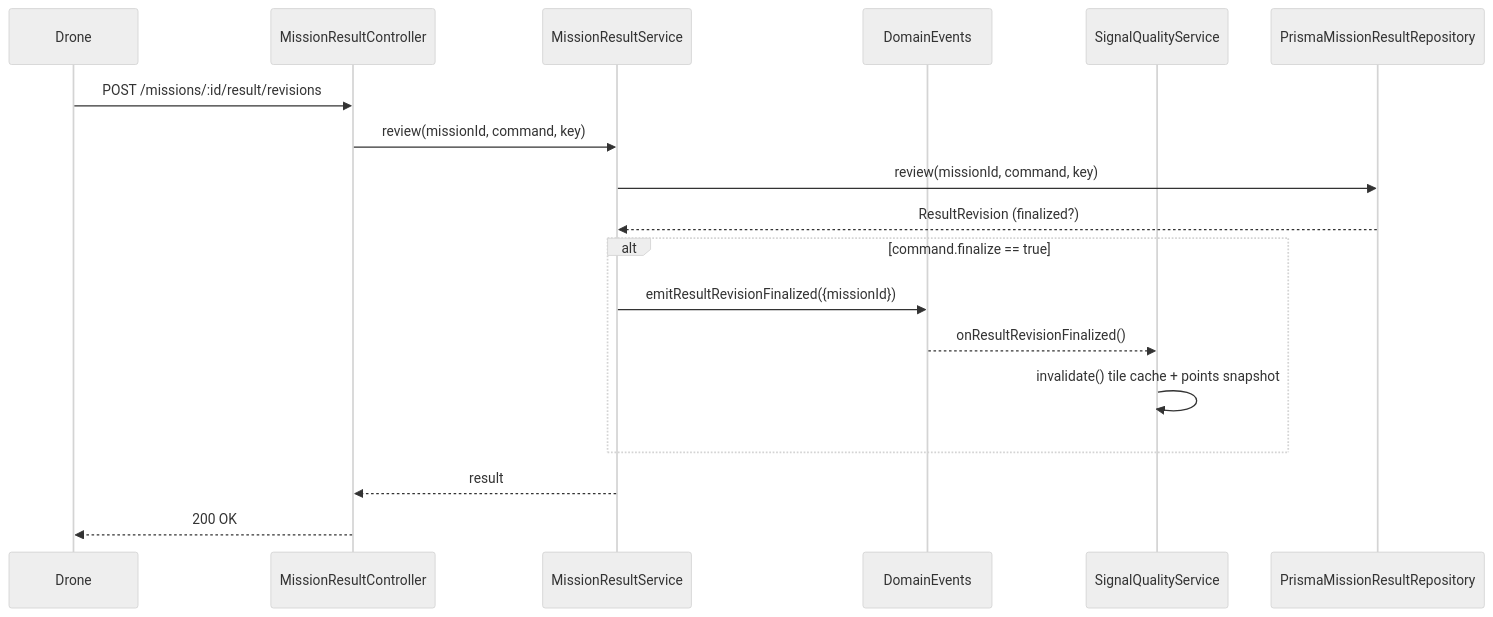
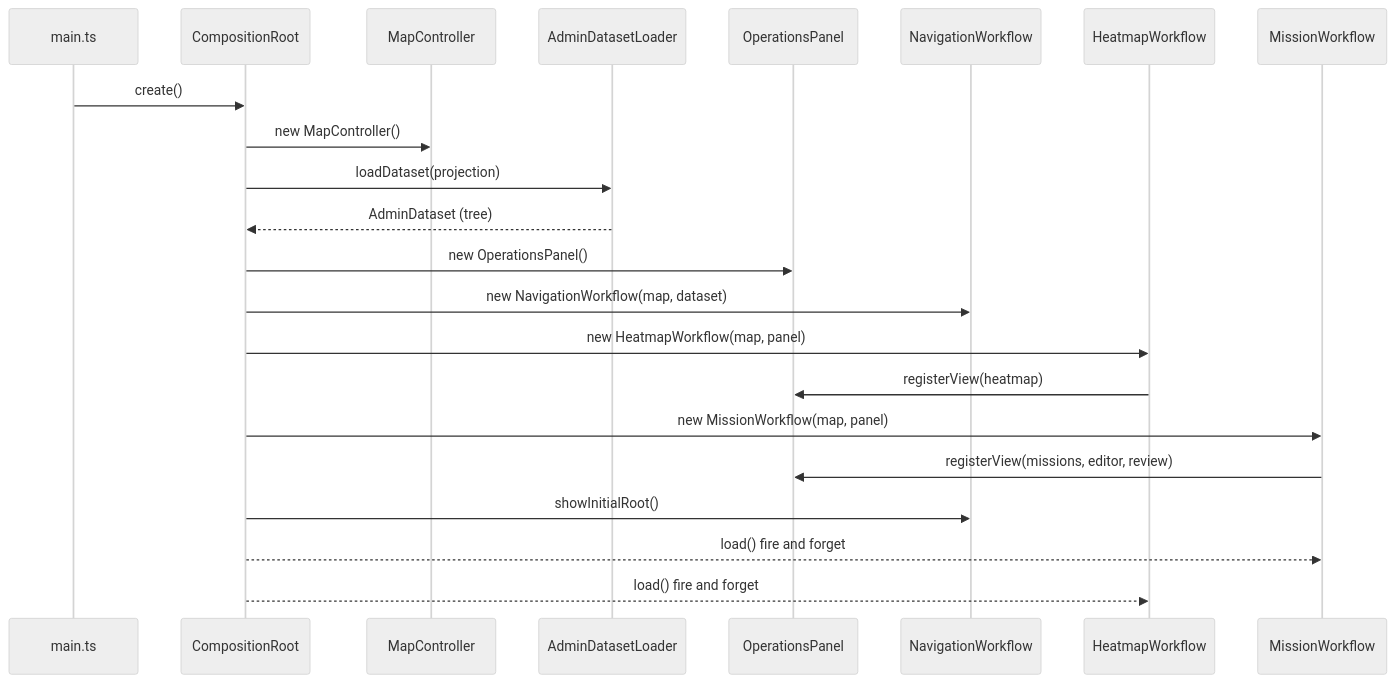
The fourth of 5 diagrams in docs/architecture-diagrams.md (ademby/Telecom-Drone-Drive-Test-Platform), drawn with Mermaid (neutral theme) before and after one commit. The commit also changed other lines of this file and 24 other files, not shown here.

````diff
--- a/docs/architecture-diagrams.md
+++ b/docs/architecture-diagrams.md
@@ -77,21 +114,25 @@
 ```mermaid
 sequenceDiagram
-    participant Drone
-    participant MRC as MissionResultController
-    participant MRS as MissionResultService
-    participant Events as DomainEvents
-    participant SQS as SignalQualityService
-    participant Repo as PrismaMissionResultRepository
+    participant Main as main.ts
+    participant Root as CompositionRoot
+    participant Map as MapController
+    participant Loader as AdminDatasetLoader
+    participant Panel as OperationsPanel
+    participant Nav as NavigationWorkflow
+    participant Heat as HeatmapWorkflow
+    participant Mis as MissionWorkflow
 
-    Drone->>MRC: POST /missions/:id/result/revisions
-    MRC->>MRS: review(missionId, command, key)
-    MRS->>Repo: review(missionId, command, key)
-    Repo-->>MRS: ResultRevision (finalized?)
-    alt command.finalize == true
-        MRS->>Events: emitResultRevisionFinalized({missionId})
-        Events-->>SQS: onResultRevisionFinalized()
-        SQS->>SQS: invalidate() tile cache + points snapshot
-    end
-    MRS-->>MRC: result
-    MRC-->>Drone: 200 OK
+    Main->>Root: create()
+    Root->>Map: new MapController()
+    Root->>Loader: loadDataset(projection)
+    Loader-->>Root: AdminDataset (tree)
+    Root->>Panel: new OperationsPanel()
+    Root->>Nav: new NavigationWorkflow(map, dataset)
+    Root->>Heat: new HeatmapWorkflow(map, panel)
+    Heat->>Panel: registerView(heatmap)
+    Root->>Mis: new MissionWorkflow(map, panel)
+    Mis->>Panel: registerView(missions, editor, review)
+    Root->>Nav: showInitialRoot()
+    Root-->>Mis: load() fire and forget
+    Root-->>Heat: load() fire and forget
 ```
````
